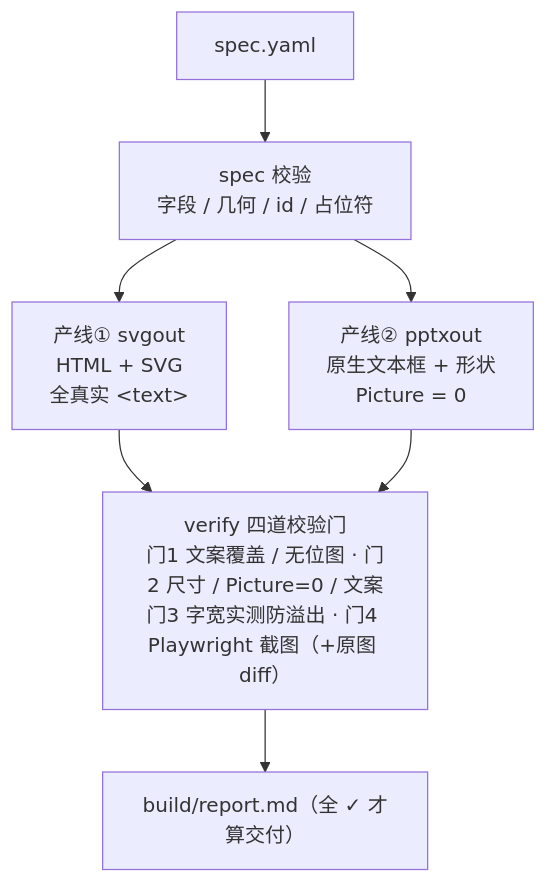
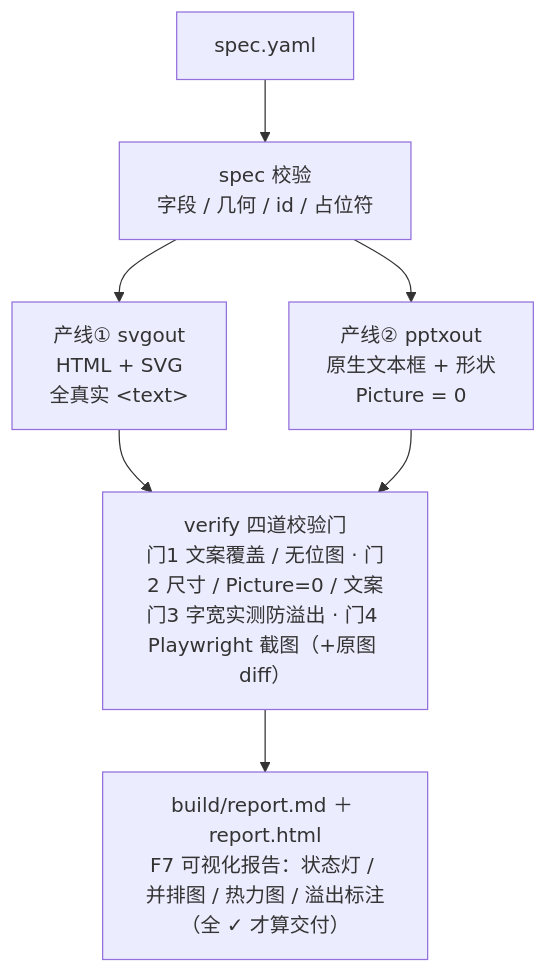
Before and after one commit to dongf9527/snap2edit: the diagram in README.md, drawn with Mermaid. The commit also changed other lines of this file and 3 other files, not shown here.

````diff
--- a/README.md
+++ b/README.md
@@ -105,9 +108,9 @@
 ```mermaid
 flowchart TB
     SPEC["spec.yaml"] --> VAL["spec 校验<br/>字段 / 几何 / id / 占位符"]
     VAL --> L1["产线① svgout<br/>HTML + SVG<br/>全真实 &lt;text&gt;"]
     VAL --> L2["产线② pptxout<br/>原生文本框 + 形状<br/>Picture = 0"]
     L1 --> VFY["verify 四道校验门<br/>门1 文案覆盖 / 无位图 · 门2 尺寸 / Picture=0 / 文案<br/>门3 字宽实测防溢出 · 门4 Playwright 截图（+原图 diff）"]
     L2 --> VFY
-    VFY --> RPT["build/report.md（全 ✓ 才算交付）"]
+    VFY --> RPT["build/report.md ＋ report.html<br/>F7 可视化报告：状态灯 / 并排图 / 热力图 / 溢出标注<br/>（全 ✓ 才算交付）"]
 ```
````
